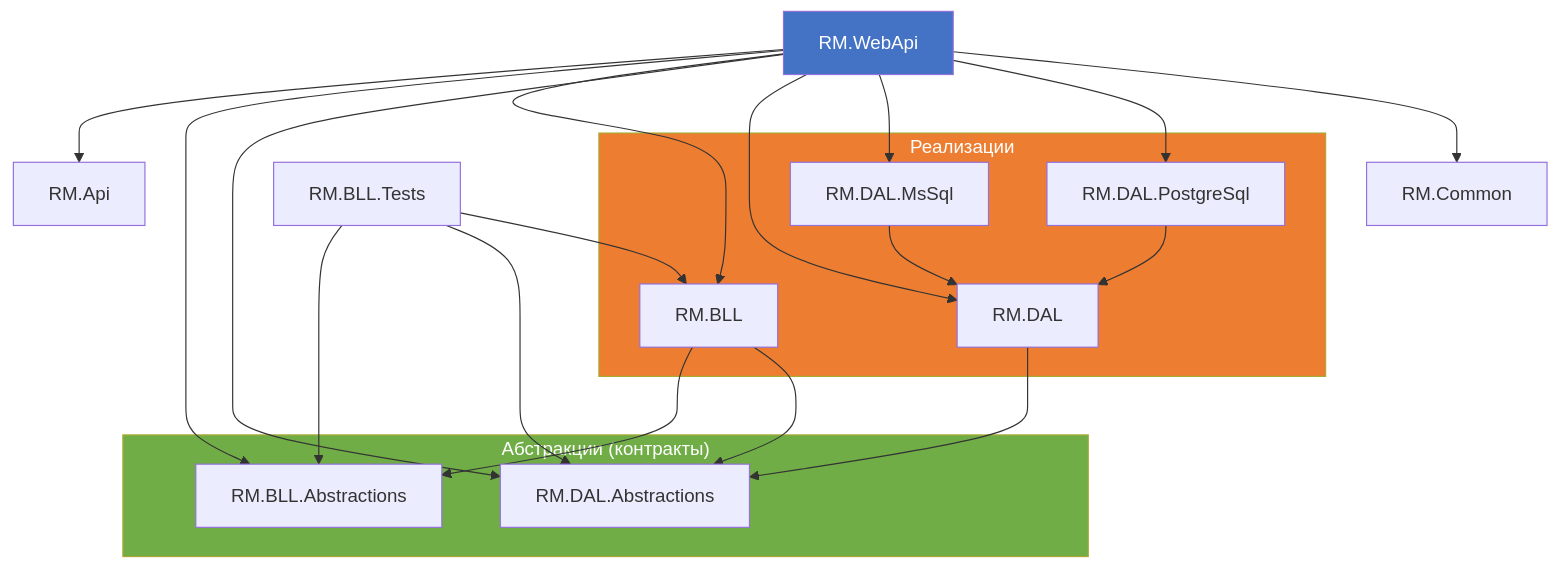
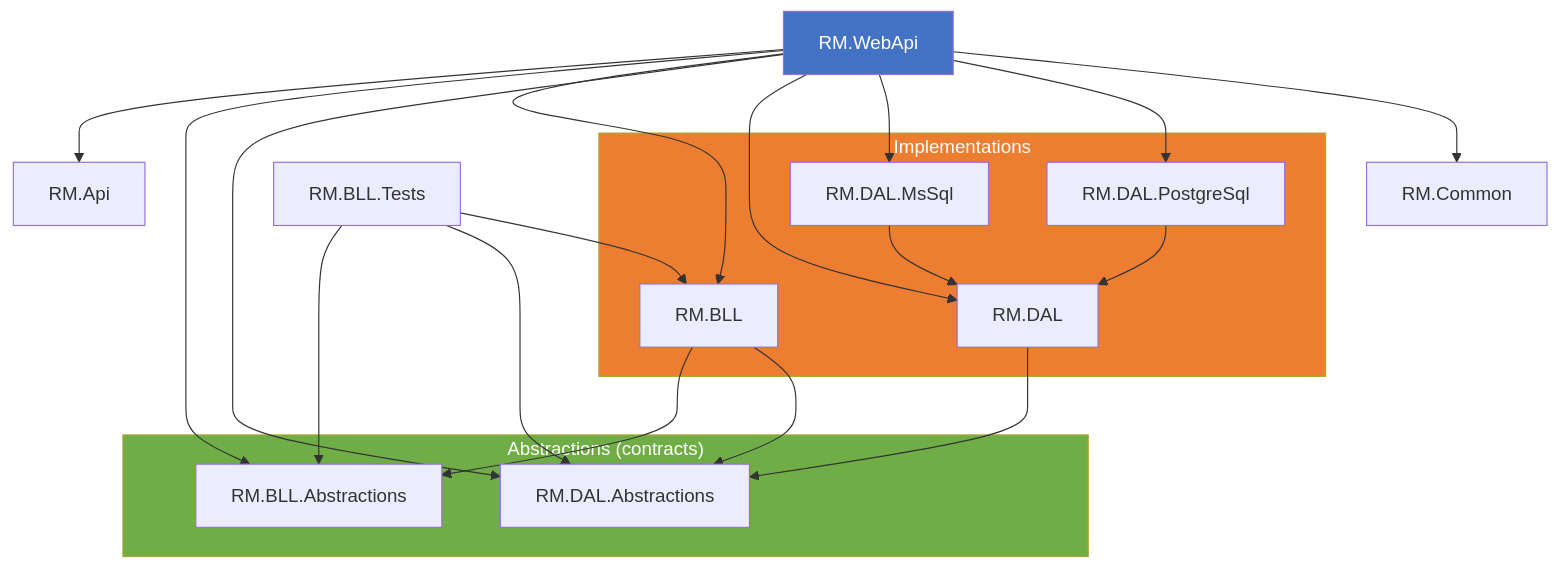
Before and after one commit to AntonSukhov/RmWebApi: the second of 6 diagrams in README.md, drawn with Mermaid. The commit also changed other lines of this file, not shown here.

````diff
--- a/README.md
+++ b/README.md
@@ -97,42 +95,42 @@
 ```mermaid
 flowchart TD
     WebApi["RM.WebApi"]
 
-    subgraph Abstractions ["Абстракции (контракты)"]
+    subgraph Abstractions ["Abstractions (contracts)"]
         BLLA["RM.BLL.Abstractions"]
         DALA["RM.DAL.Abstractions"]
     end
 
-    subgraph Implementations ["Реализации"]
+    subgraph Implementations ["Implementations"]
         BLL["RM.BLL"]
         DAL["RM.DAL"]
         DALMs["RM.DAL.MsSql"]
         DALPg["RM.DAL.PostgreSql"]
     end
 
     Api["RM.Api"]
     Common["RM.Common"]
     Tests["RM.BLL.Tests"]
 
     WebApi --> Api
     WebApi --> BLLA
     WebApi --> BLL
     WebApi --> DALA
     WebApi --> DAL
     WebApi --> DALMs
     WebApi --> DALPg
     WebApi --> Common
 
     BLL --> BLLA
     BLL --> DALA
     DAL --> DALA
     DALMs --> DAL
     DALPg --> DAL
     Tests --> BLLA
     Tests --> BLL
     Tests --> DALA
 
     style WebApi fill:#4472c4,color:#fff
     style Abstractions fill:#70ad47,color:#fff
     style Implementations fill:#ed7d31,color:#fff
 ```
````
